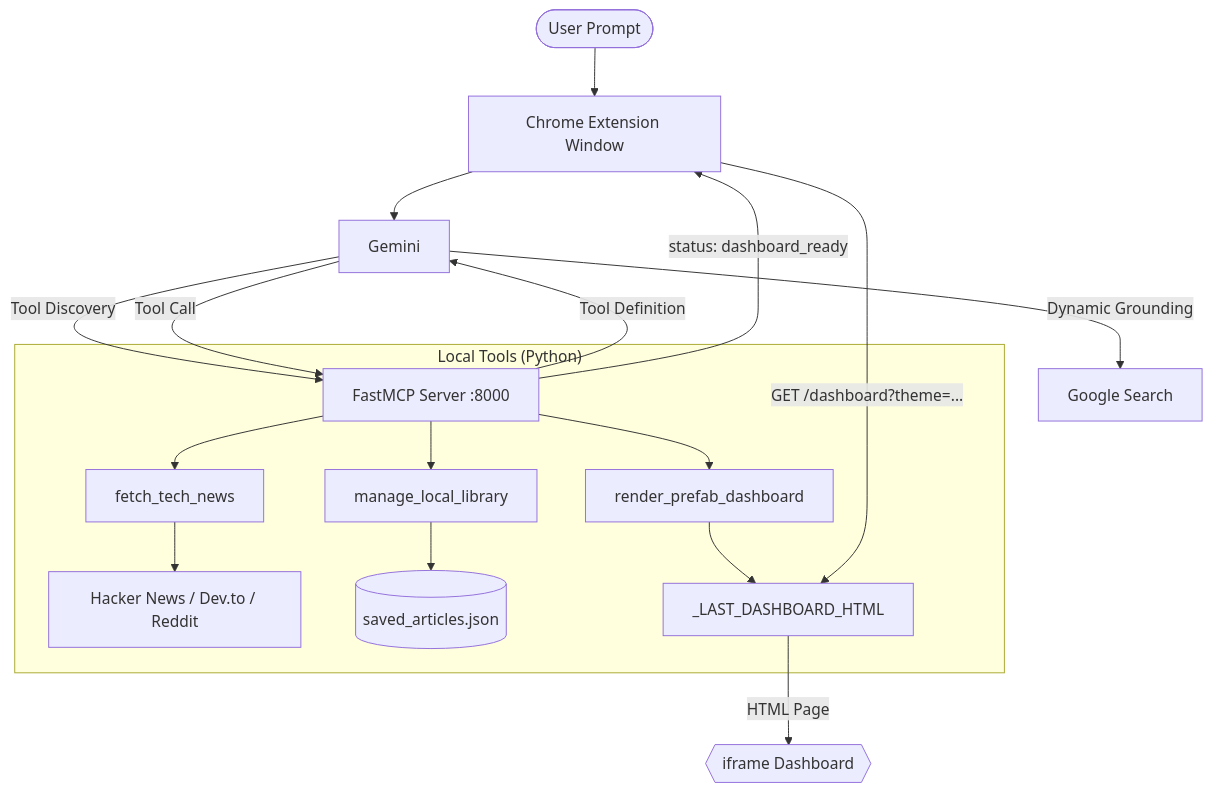
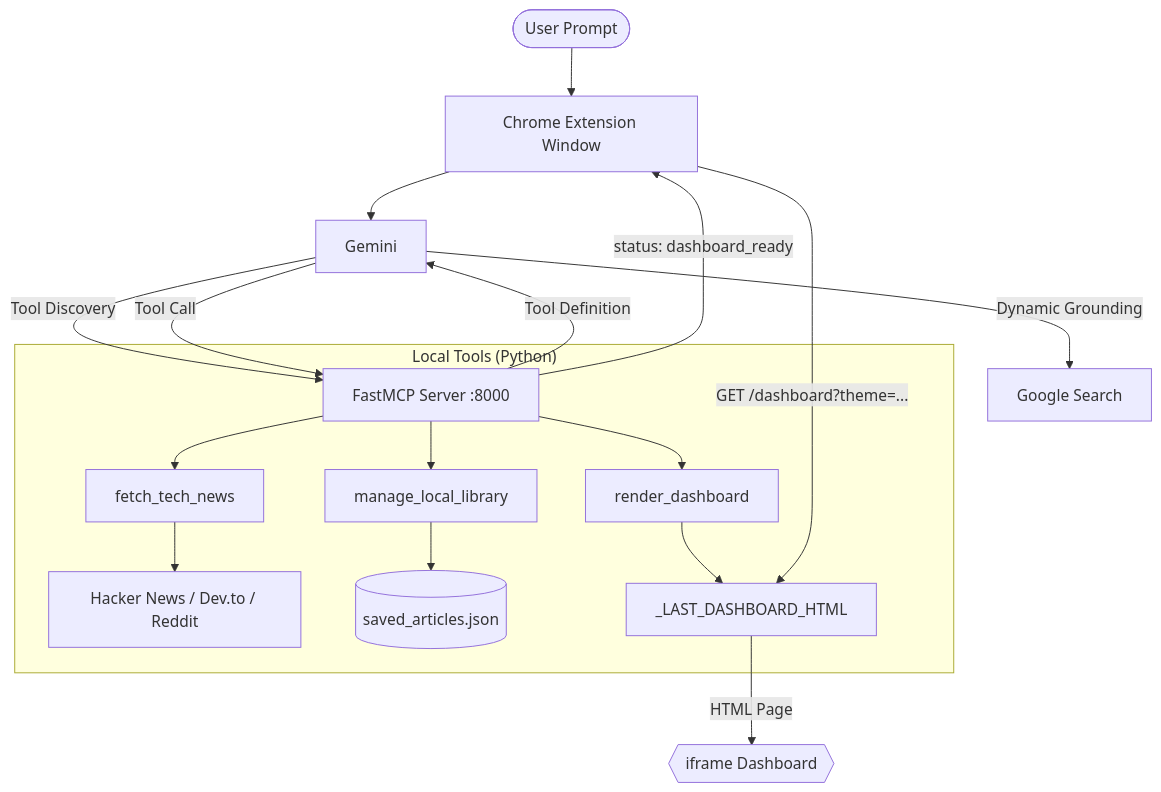
Before and after one commit to swapniel99/intel-agent: the diagram in README.md, drawn with Mermaid. The commit also changed other lines of this file and 15 other files, not shown here.

Commit message:
refactor: standardize dashboard rendering, update graph labels, and implement CI/CD via pytest workflow

````diff
--- a/README.md
+++ b/README.md
@@ -21,22 +21,22 @@
 ```mermaid
 graph TD
     User([User Prompt]) --> Extension[Chrome Extension Window]
     Extension --> Gemini
     Gemini -- Tool Discovery --> FastMCP[FastMCP Server :8000]
     FastMCP -- Tool Definition --> Gemini
 
     subgraph "Local Tools (Python)"
         FastMCP --> T1[fetch_tech_news]
         FastMCP --> T2[manage_local_library]
-        FastMCP --> T3[render_prefab_dashboard]
+        FastMCP --> T3[render_dashboard]
         T1 --> HN[Hacker News / Dev.to / Reddit]
         T2 --> JSON[(saved_articles.json)]
         T3 --> Cache[_LAST_DASHBOARD_HTML]
     end
 
     Gemini -- Dynamic Grounding --> Google[Google Search]
     Gemini -- Tool Call --> FastMCP
     FastMCP -- status: dashboard_ready --> Extension
     Extension -- GET /dashboard?theme=... --> Cache
     Cache -- HTML Page --> Dashboard{{iframe Dashboard}}
 ```
````
